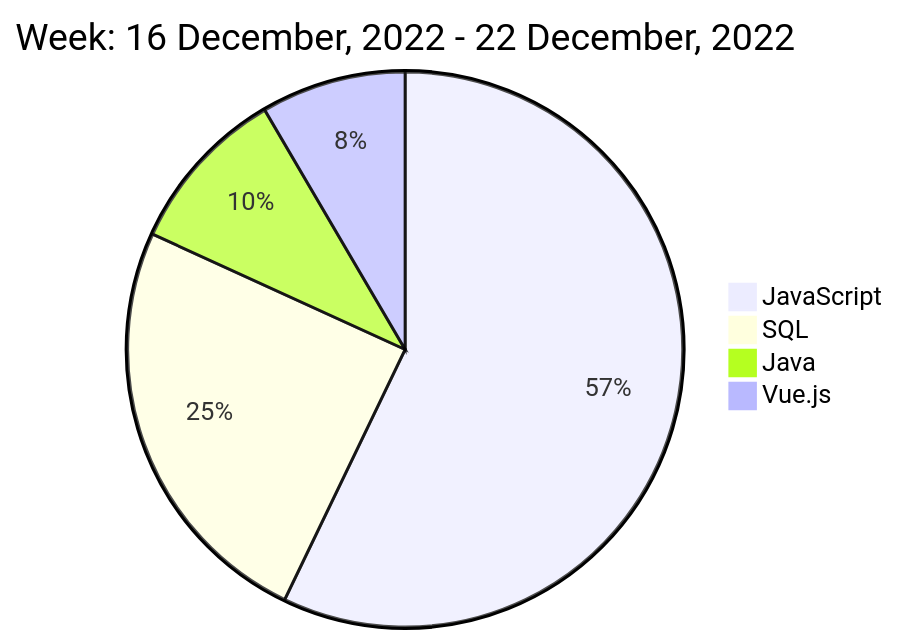
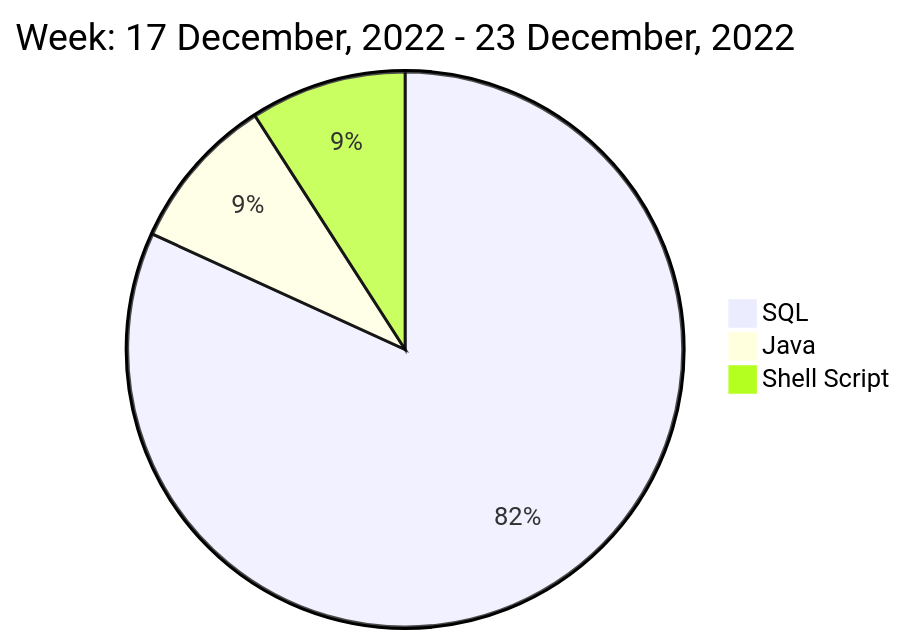
One commit to liubin95/liubin95 changed the diagram in README.md. Above: the diagram before and after it, drawn with Mermaid.

Commit message:
Updated the Graph with new Metrics

````diff
--- a/README.md
+++ b/README.md
@@ -40,8 +40,7 @@
 ```mermaid
  pie
-title Week: 16 December, 2022 - 22 December, 2022
- "JavaScript" : 0.88
- "SQL" : 0.38
- "Java" : 0.15
- "Vue.js" : 0.13
+title Week: 17 December, 2022 - 23 December, 2022
+ "SQL" : 0.27
+ "Java" : 0.03
+ "Shell Script" : 0.03
 ```
````
